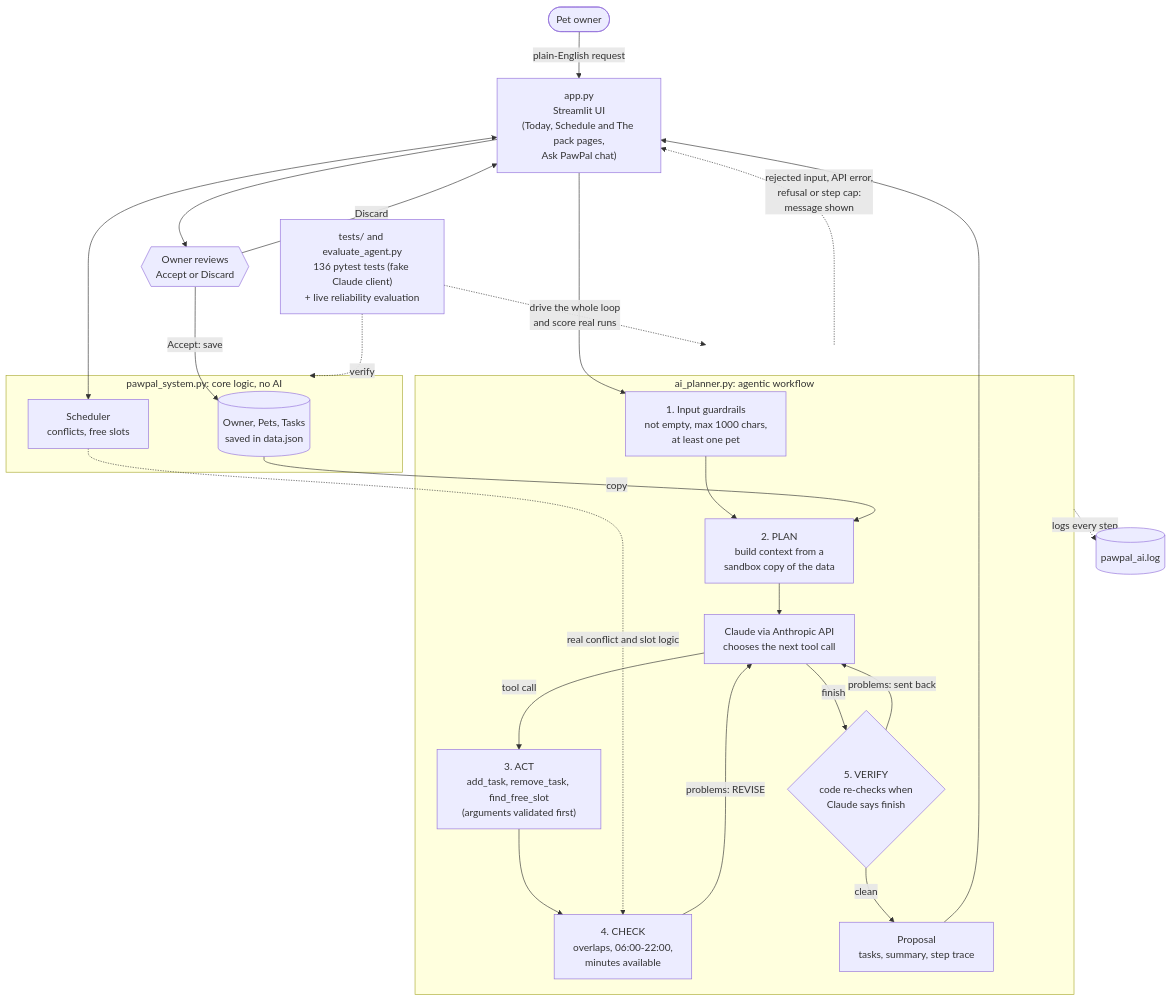
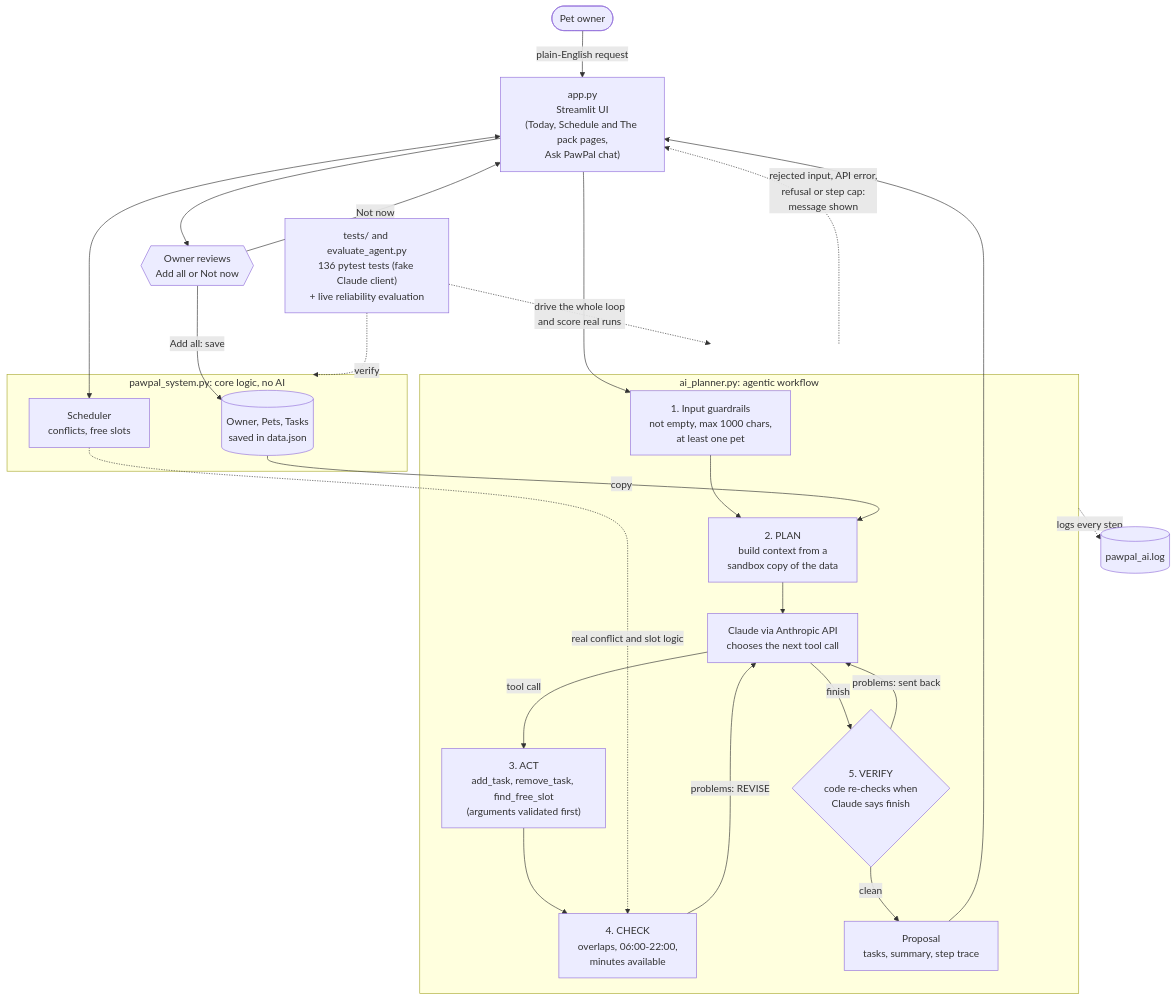
One commit to bior-m16/applied-ai-system-project changed the diagram in README.md. Above: the diagram before and after it, drawn with Mermaid. The commit also changed other lines of this file and 7 other files, not shown here.

````diff
--- a/README.md
+++ b/README.md
@@ -17,55 +31,55 @@
 ```mermaid
 ﻿flowchart TD
     %% PawPal+ architecture with the AI planning agent.
     %% Solid arrows = data flow. Dotted arrows = checking, logging and testing.
     %% The hexagon is the human decision point.
 
     User([Pet owner])
     App["app.py<br/>Streamlit UI<br/>(Today, Schedule and The pack pages,<br/>Ask PawPal chat)"]
 
     subgraph Core["pawpal_system.py: core logic, no AI"]
         Owner[("Owner, Pets, Tasks<br/>saved in data.json")]
         Scheduler["Scheduler<br/>conflicts, free slots"]
     end
 
     subgraph Agent["ai_planner.py: agentic workflow"]
         Input["1. Input guardrails<br/>not empty, max 1000 chars,<br/>at least one pet"]
         Context["2. PLAN<br/>build context from a<br/>sandbox copy of the data"]
         Claude["Claude via Anthropic API<br/>chooses the next tool call"]
         Tools["3. ACT<br/>add_task, remove_task, find_free_slot<br/>(arguments validated first)"]
         Check["4. CHECK<br/>overlaps, 06:00-22:00,<br/>minutes available"]
         Verify{"5. VERIFY<br/>code re-checks when<br/>Claude says finish"}
         Proposal["Proposal<br/>tasks, summary, step trace"]
     end
 
-    Human{{"Owner reviews<br/>Accept or Discard"}}
+    Human{{"Owner reviews<br/>Add all or Not now"}}
     Log[("pawpal_ai.log")]
     Tests["tests/ and evaluate_agent.py<br/>136 pytest tests (fake Claude client)<br/>+ live reliability evaluation"]
 
     %% Input -> process -> output
     User -->|"plain-English request"| App
     App --> Input
     Input --> Context
     Owner -->|"copy"| Context
     Context --> Claude
     Claude -->|"tool call"| Tools
     Tools --> Check
     Check -->|"problems: REVISE"| Claude
     Claude -->|"finish"| Verify
     Verify -->|"problems: sent back"| Claude
     Verify -->|"clean"| Proposal
     Proposal --> App
     App --> Human
-    Human -->|"Accept: save"| Owner
-    Human -->|"Discard"| App
+    Human -->|"Add all: save"| Owner
+    Human -->|"Not now"| App
 
     %% Normal app use and error paths
     App <--> Scheduler
     Scheduler -.->|"real conflict and slot logic"| Check
     Agent -.->|"rejected input, API error,<br/>refusal or step cap:<br/>message shown"| App
 
     %% Logging and testing
     Agent -.->|"logs every step"| Log
     Tests -.->|"verify"| Core
     Tests -.->|"drive the whole loop<br/>and score real runs"| Agent
 ```
````
